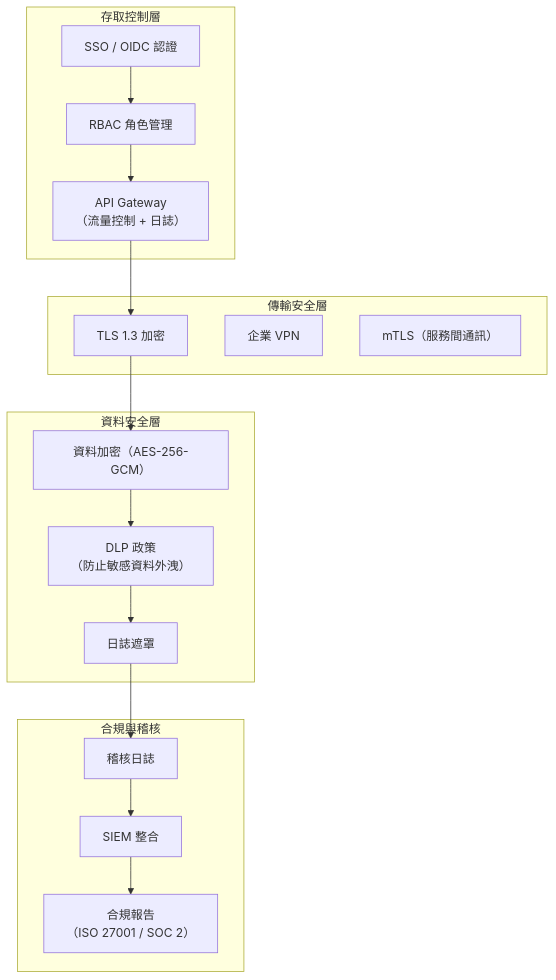
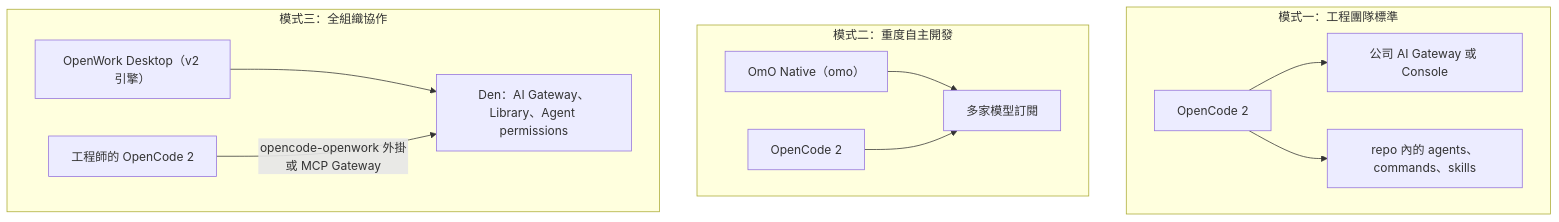
One commit to chihhung/Blog changed diagram 11 of 13 in content/posts/教學/AI開發/opencode生態系教學手冊.md. Above: the diagram before and after it, drawn with Mermaid. The commit also changed other lines of this file and 4 other files, not shown here.

````diff
--- a/content/posts/教學/AI開發/opencode生態系教學手冊.md
+++ b/content/posts/教學/AI開發/opencode生態系教學手冊.md
@@ -4583,36 +5296,15 @@
 ```mermaid
-graph TB
-    subgraph "存取控制層"
-        SSO["SSO / OIDC 認證"]
-        RBAC["RBAC 角色管理"]
-        API_GW["API Gateway<br/>（流量控制 + 日誌）"]
+flowchart TB
+    subgraph M1["模式一：工程團隊標準"]
+        A1["OpenCode 2"] --> A2["公司 AI Gateway 或 Console"]
+        A1 --> A3["repo 內的 agents、commands、skills"]
     end
-
-    subgraph "傳輸安全層"
-        TLS["TLS 1.3 加密"]
-        VPN["企業 VPN"]
-        mTLS["mTLS（服務間通訊）"]
+    subgraph M2["模式二：重度自主開發"]
+        B1["OmO Native（omo）"] --> B2["多家模型訂閱"]
+        B3["OpenCode 2"] --> B2
     end
-
-    subgraph "資料安全層"
-        Encryption["資料加密（AES-256-GCM）"]
-        DLP["DLP 政策<br/>（防止敏感資料外洩）"]
-        Masking["日誌遮罩"]
+    subgraph M3["模式三：全組織協作"]
+        C1["OpenWork Desktop（v2 引擎）"] --> C2["Den：AI Gateway、Library、Agent permissions"]
+        C3["工程師的 OpenCode 2"] -->|"opencode-openwork 外掛或 MCP Gateway"| C2
     end
-
-    subgraph "合規與稽核"
-        Audit["稽核日誌"]
-        SIEM["SIEM 整合"]
-        Compliance["合規報告<br/>（ISO 27001 / SOC 2）"]
-    end
-
-    SSO --> RBAC
-    RBAC --> API_GW
-    API_GW --> TLS
-    TLS --> Encryption
-    Encryption --> DLP
-    DLP --> Masking
-    Masking --> Audit
-    Audit --> SIEM
-    SIEM --> Compliance
 ```
````
